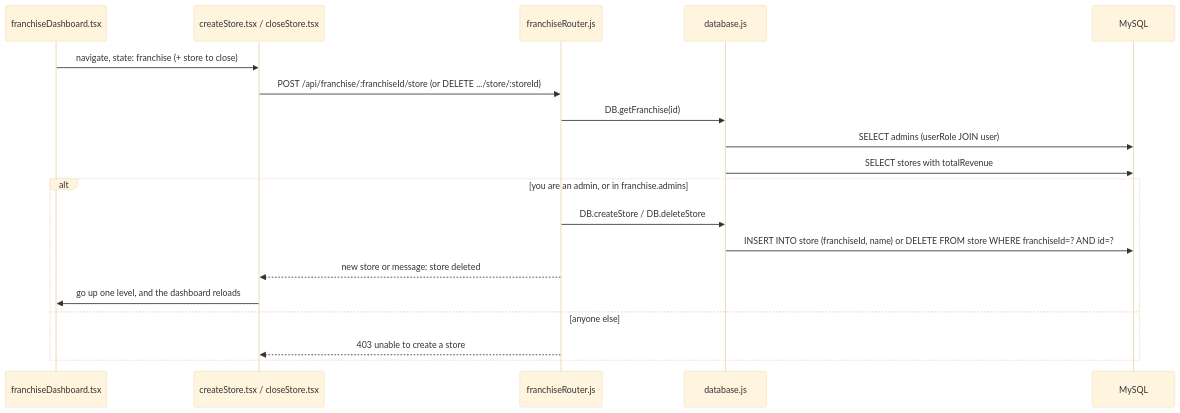
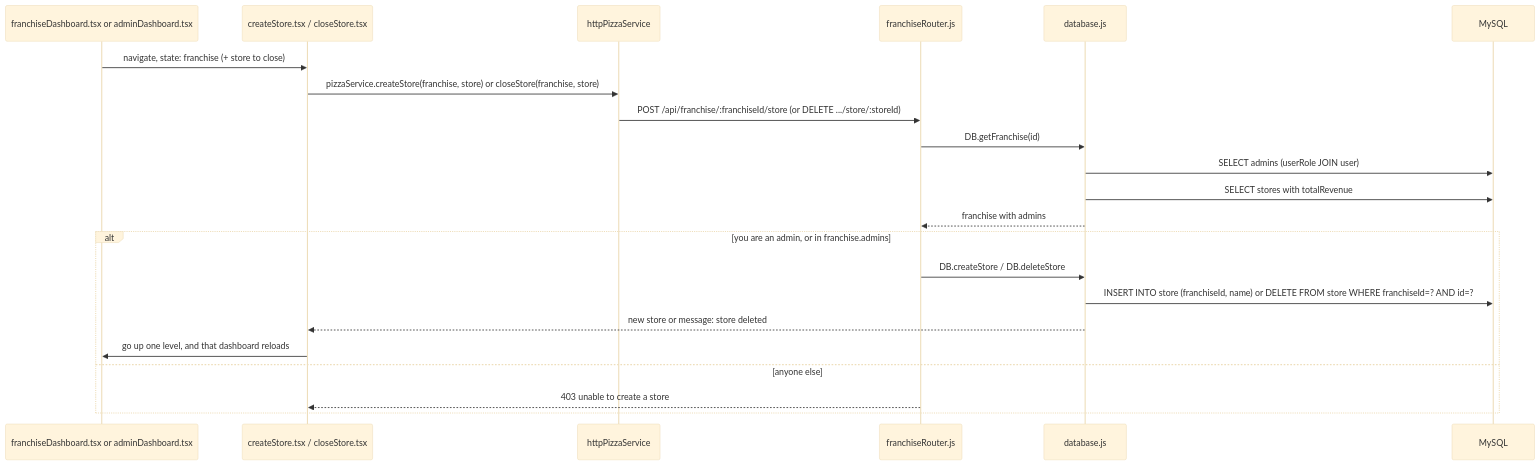
Before and after one commit to joshuajob-cs/jwt-pizza: diagram 14 of 18 in docs/flows.md, drawn with Mermaid (base theme). The commit also changed other lines of this file, not shown here.

Commit message:
refactor(docs): draw every layer consistently in flows.md

````diff
--- a/docs/flows.md
+++ b/docs/flows.md
@@ -269,21 +358,24 @@
 ```mermaid
 sequenceDiagram
-  participant FD as franchiseDashboard.tsx
+  participant P as franchiseDashboard.tsx or adminDashboard.tsx
   participant V as createStore.tsx / closeStore.tsx
+  participant S as httpPizzaService
   participant R as franchiseRouter.js
   participant D as database.js
   participant M as MySQL
-  FD->>V: navigate, state: franchise (+ store to close)
-  V->>R: POST /api/franchise/:franchiseId/store  (or DELETE .../store/:storeId)
+  P->>V: navigate, state: franchise (+ store to close)
+  V->>S: pizzaService.createStore(franchise, store)  or  closeStore(franchise, store)
+  S->>R: POST /api/franchise/:franchiseId/store  (or DELETE .../store/:storeId)
   R->>D: DB.getFranchise(id)
   D->>M: SELECT admins (userRole JOIN user)
   D->>M: SELECT stores with totalRevenue
+  D-->>R: franchise with admins
   alt you are an admin, or in franchise.admins
     R->>D: DB.createStore / DB.deleteStore
     D->>M: INSERT INTO store (franchiseId, name)  or  DELETE FROM store WHERE franchiseId=? AND id=?
-    R-->>V: new store  or  message: store deleted
-    V->>FD: go up one level, and the dashboard reloads
+    D-->>V: new store  or  message: store deleted
+    V->>P: go up one level, and that dashboard reloads
   else anyone else
     R-->>V: 403 unable to create a store
   end
 ```
````
